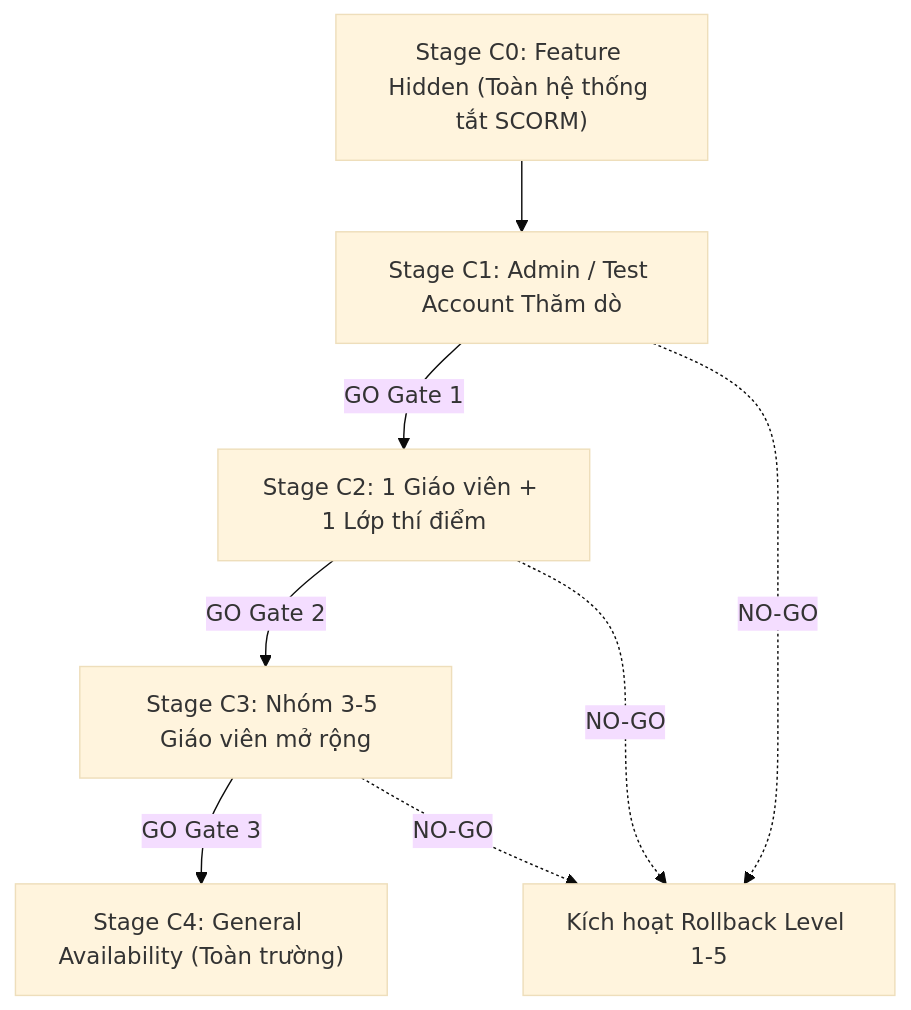
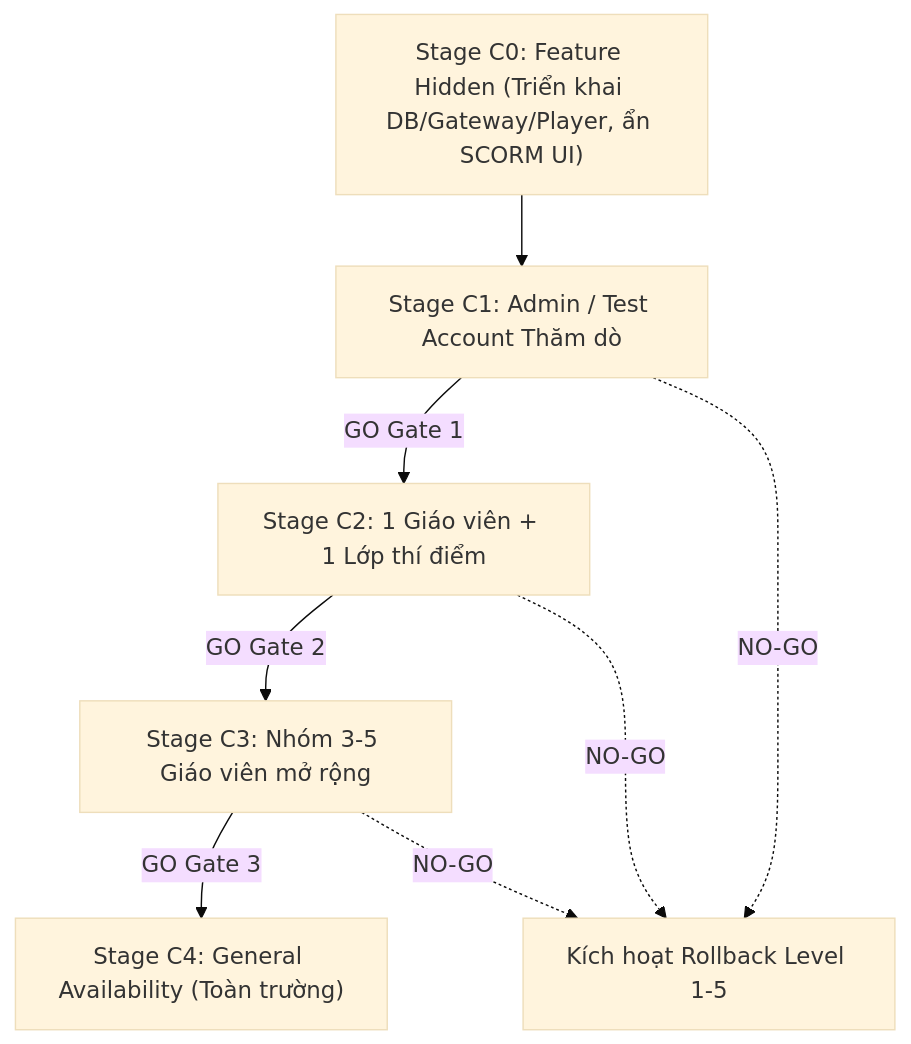
The first of 3 diagrams in docs/scorm-production-release-runbook.md (tranlen0411-ux/Web), drawn with Mermaid (base theme) before and after one commit. The commit also changed other lines of this file, not shown here.

Commit message:
Update SCORM production release runbook

````diff
--- a/docs/scorm-production-release-runbook.md
+++ b/docs/scorm-production-release-runbook.md
@@ -26,10 +31,10 @@
 ```mermaid
 graph TD
-    C0["Stage C0: Feature Hidden (Toàn hệ thống tắt SCORM)"] --> C1["Stage C1: Admin / Test Account Thăm dò"]
+    C0["Stage C0: Feature Hidden (Triển khai DB/Gateway/Player, ẩn SCORM UI)"] --> C1["Stage C1: Admin / Test Account Thăm dò"]
     C1 -->|GO Gate 1| C2["Stage C2: 1 Giáo viên + 1 Lớp thí điểm"]
     C2 -->|GO Gate 2| C3["Stage C3: Nhóm 3-5 Giáo viên mở rộng"]
     C3 -->|GO Gate 3| C4["Stage C4: General Availability (Toàn trường)"]
     C1 -.->|NO-GO| RB["Kích hoạt Rollback Level 1-5"]
     C2 -.->|NO-GO| RB
     C3 -.->|NO-GO| RB
 ```
````
